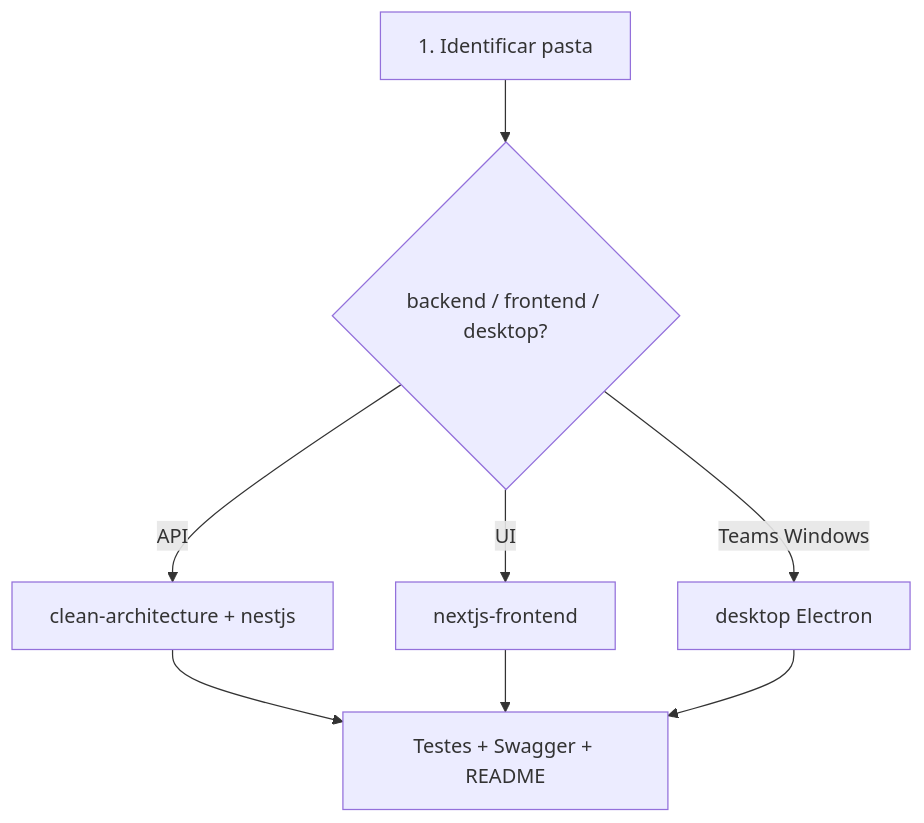
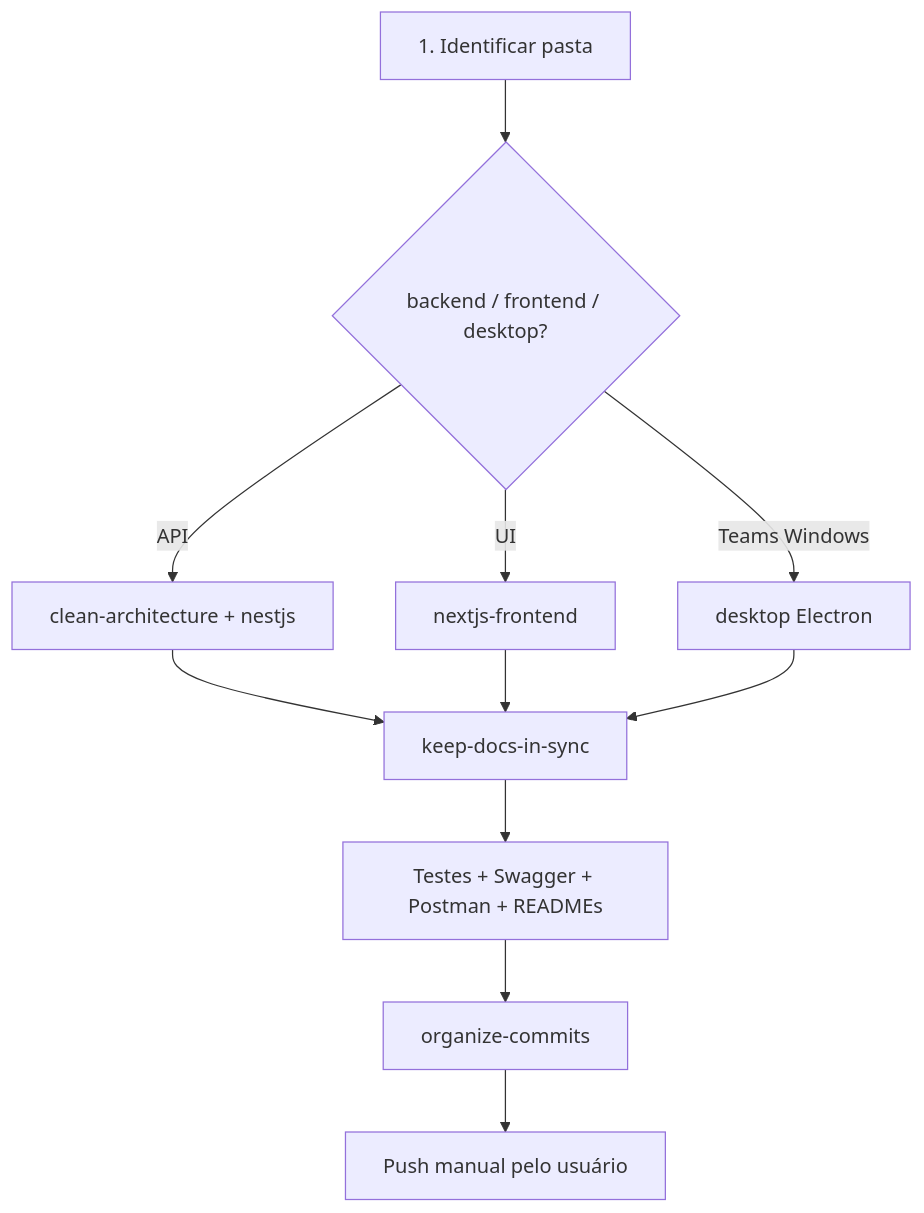
The diagram in .cursor/skills/meeting-scribe-development/SKILL.md (FranciscoStanley/meeting_scribe_annotations), drawn with Mermaid before and after one commit. The commit also changed other lines of this file and 7 other files, not shown here.

First line of the commit message:
chore(cursor): require docs/Swagger/Postman/tests sync on every change

````diff
--- a/.cursor/skills/meeting-scribe-development/SKILL.md
+++ b/.cursor/skills/meeting-scribe-development/SKILL.md
@@ -34,10 +36,13 @@
 ```mermaid
 flowchart TD
     A[1. Identificar pasta] --> B{backend / frontend / desktop?}
     B -->|API| C[clean-architecture + nestjs]
     B -->|UI| D[nextjs-frontend]
     B -->|Teams Windows| E[desktop Electron]
-    C --> F[Testes + Swagger + README]
+    C --> F[keep-docs-in-sync]
     D --> F
     E --> F
+    F --> G[Testes + Swagger + Postman + READMEs]
+    G --> H[organize-commits]
+    H --> I[Push manual pelo usuário]
 ```
````
